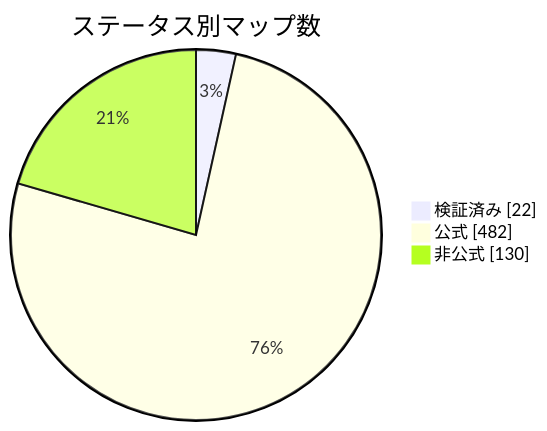
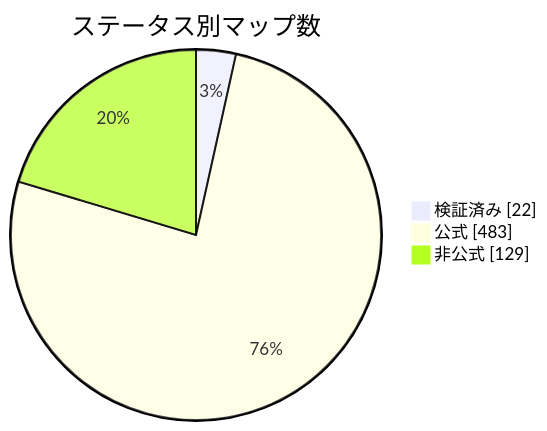
One commit to nobrega8/mbmap-library changed the diagram in docs/readme/README_JP.md. Above: the diagram before and after it, drawn with Mermaid. The commit also changed 6 other files, not shown here.

````diff
--- a/docs/readme/README_JP.md
+++ b/docs/readme/README_JP.md
@@ -54,7 +54,7 @@
 ```mermaid
 pie showData
     title ステータス別マップ数
     "検証済み" : 22
-    "公式" : 482
-    "非公式" : 130
+    "公式" : 483
+    "非公式" : 129
 ```
````
